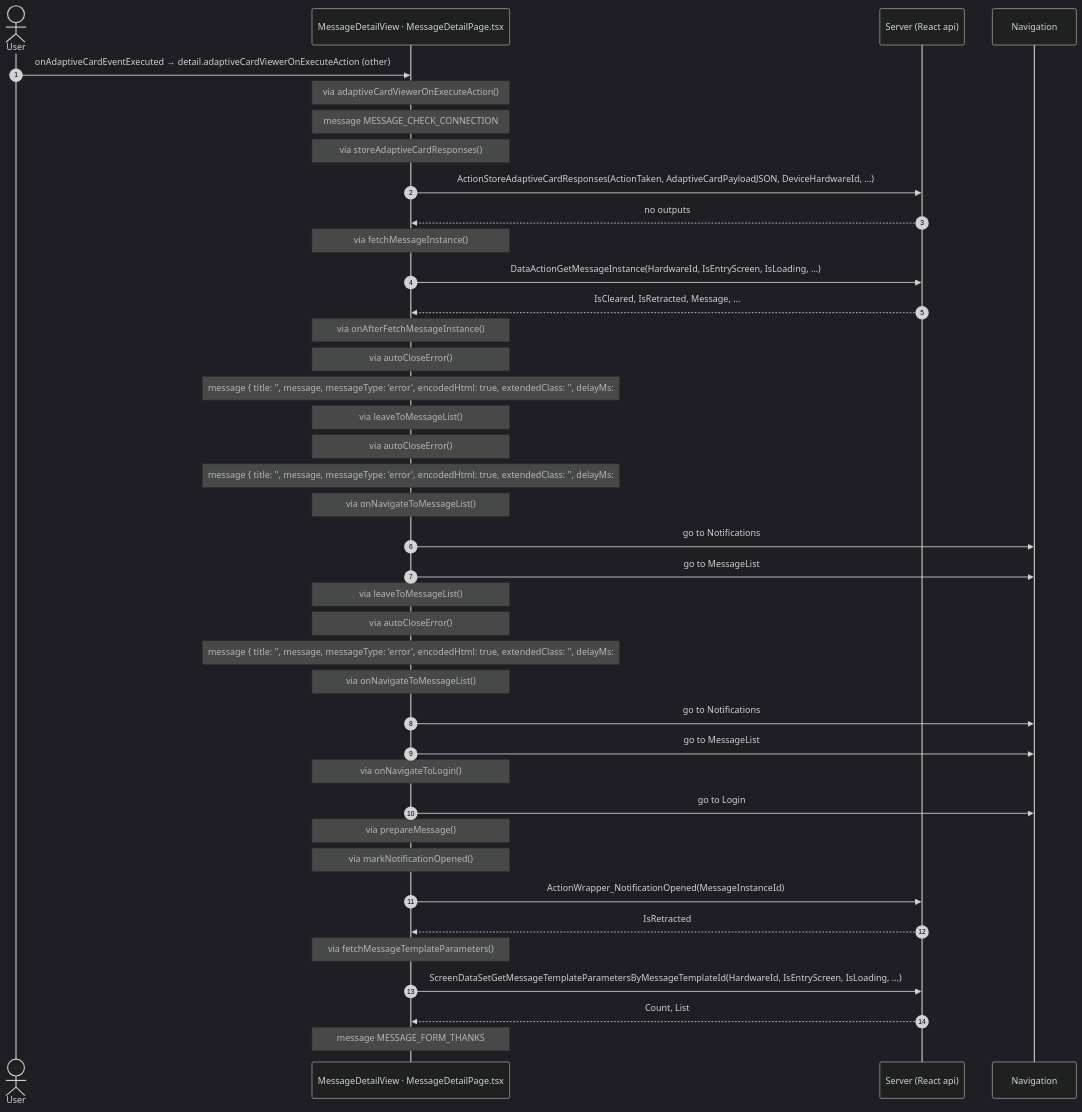
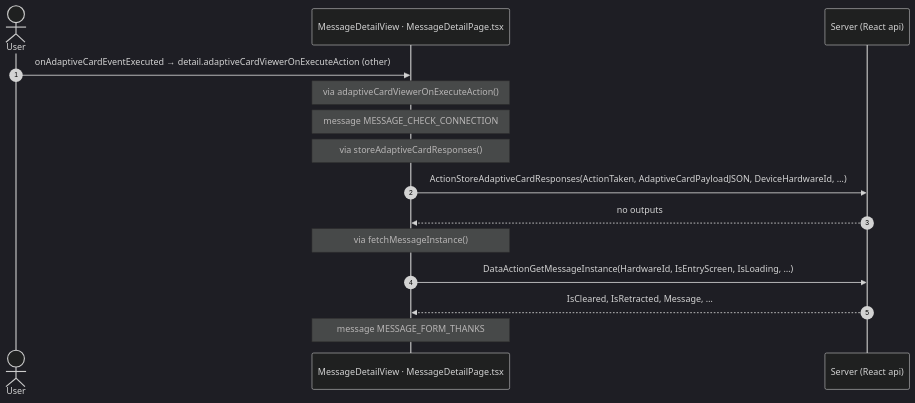
The ninth of 10 diagrams in route-actions/routes/MessageDetail.md (Phoenix-DX/connect-new-ui), drawn with Mermaid (dark theme) before and after one commit. The commit also changed other lines of this file and 192 other files, not shown here.

````diff
--- a/route-actions/routes/MessageDetail.md
+++ b/route-actions/routes/MessageDetail.md
@@ -262,42 +264,17 @@
 ```mermaid
 sequenceDiagram
   autonumber
   actor U as User
   participant H as MessageDetailView · MessageDetailPage.tsx
   participant A as Server (React api)
-  participant N as Navigation
   U->>H: onAdaptiveCardEventExecuted → detail.adaptiveCardViewerOnExecuteAction (other)
   Note over H: via adaptiveCardViewerOnExecuteAction()
   Note over H: message MESSAGE_CHECK_CONNECTION
   Note over H: via storeAdaptiveCardResponses()
   H->>A: ActionStoreAdaptiveCardResponses(ActionTaken, AdaptiveCardPayloadJSON, DeviceHardwareId, …)
   A-->>H: no outputs
   Note over H: via fetchMessageInstance()
   H->>A: DataActionGetMessageInstance(HardwareId, IsEntryScreen, IsLoading, …)
   A-->>H: IsCleared, IsRetracted, Message, …
-  Note over H: via onAfterFetchMessageInstance()
-  Note over H: via autoCloseError()
-  Note over H: message { title: '', message, messageType: 'error', encodedHtml: true, extendedClass: '', delayMs:
-  Note over H: via leaveToMessageList()
-  Note over H: via autoCloseError()
-  Note over H: message { title: '', message, messageType: 'error', encodedHtml: true, extendedClass: '', delayMs:
-  Note over H: via onNavigateToMessageList()
-  H->>N: go to Notifications
-  H->>N: go to MessageList
-  Note over H: via leaveToMessageList()
-  Note over H: via autoCloseError()
-  Note over H: message { title: '', message, messageType: 'error', encodedHtml: true, extendedClass: '', delayMs:
-  Note over H: via onNavigateToMessageList()
-  H->>N: go to Notifications
-  H->>N: go to MessageList
-  Note over H: via onNavigateToLogin()
-  H->>N: go to Login
-  Note over H: via prepareMessage()
-  Note over H: via markNotificationOpened()
-  H->>A: ActionWrapper_NotificationOpened(MessageInstanceId)
-  A-->>H: IsRetracted
-  Note over H: via fetchMessageTemplateParameters()
-  H->>A: ScreenDataSetGetMessageTemplateParametersByMessageTemplateId(HardwareId, IsEntryScreen, IsLoading, …)
-  A-->>H: Count, List
   Note over H: message MESSAGE_FORM_THANKS
 ```
````
